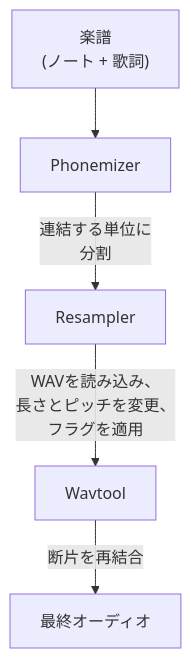
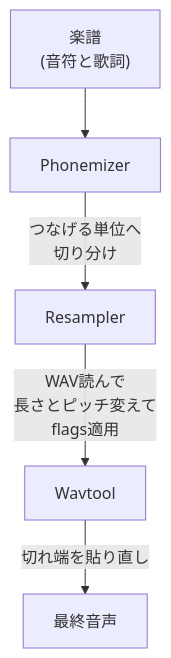
Before and after one commit to fox3000foxy/fox3000foxy.github.io: the second of 2 diagrams in public/articles/ja/utau.md, drawn with Mermaid. The commit also changed other lines of this file and 576 other files, not shown here.

````diff
--- a/public/articles/ja/utau.md
+++ b/public/articles/ja/utau.md
@@ -118,7 +118,7 @@
 ```mermaid
 flowchart TD
-    A["楽譜<br/>(ノート + 歌詞)"] --> B[Phonemizer]
-    B -->|"連結する単位に<br/>分割"| C[Resampler]
-    C -->|"WAVを読み込み、<br/>長さとピッチを変更、<br/>フラグを適用"| D[Wavtool]
-    D -->|"断片を再結合"| E["最終オーディオ"]
+    A["楽譜<br/>(音符と歌詞)"] --> B[Phonemizer]
+    B -->|"つなげる単位へ<br/>切り分け"| C[Resampler]
+    C -->|"WAV読んで<br/>長さとピッチ変えて<br/>flags適用"| D[Wavtool]
+    D -->|"切れ端を貼り直し"| E["最終音声"]
 ```
````
